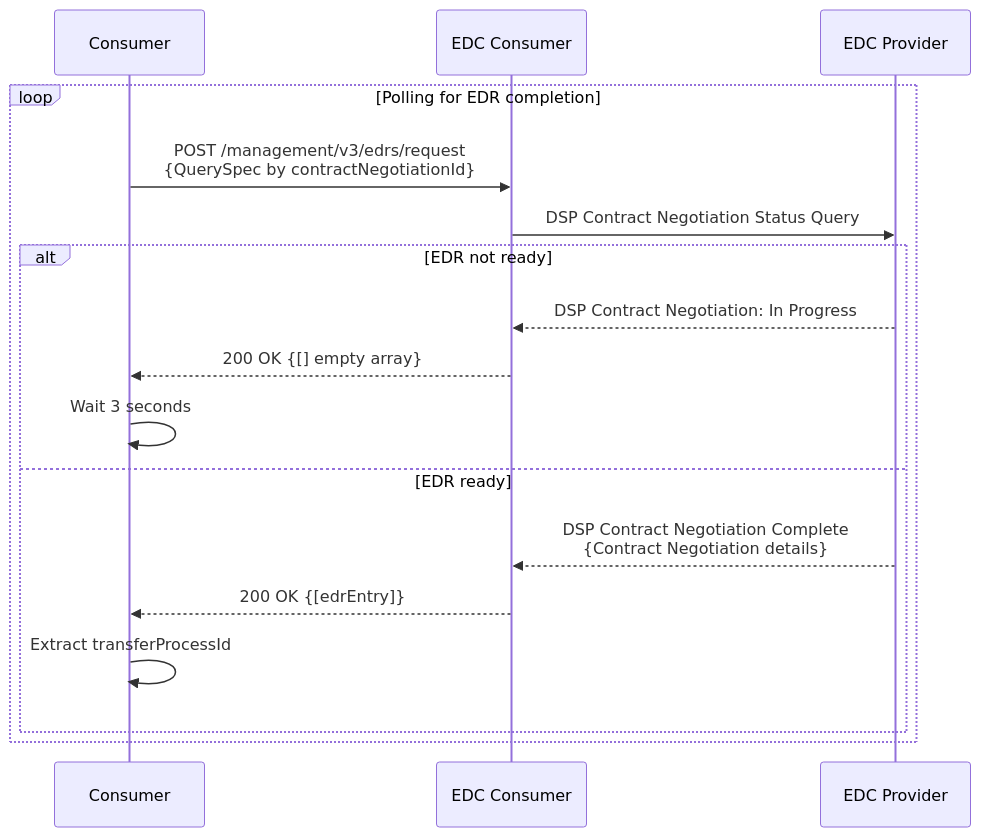
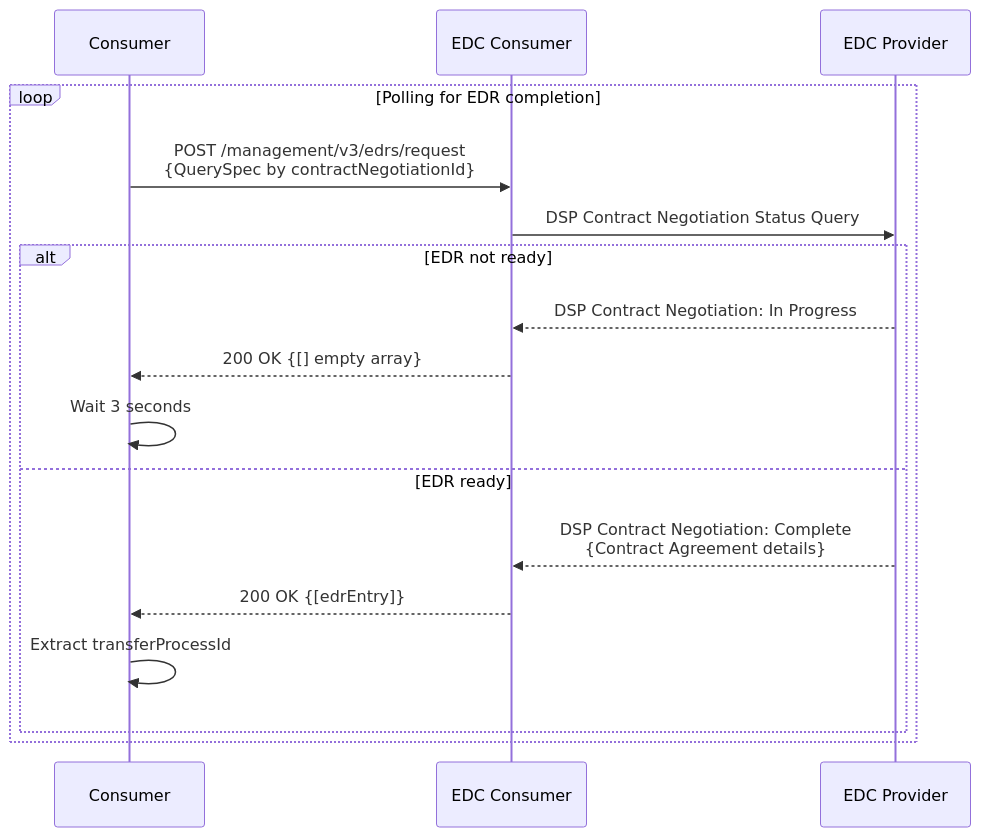
The sixth of 8 diagrams in scripts/README.md (borrmann-dev/construct-x-edge-k8s), drawn with Mermaid before and after one commit. The commit also changed other lines of this file, not shown here.

Commit message:
corrected

````diff
--- a/scripts/README.md
+++ b/scripts/README.md
@@ -110,20 +110,20 @@
 ```mermaid
 sequenceDiagram
     participant Consumer
     participant EDC_Consumer as EDC Consumer
     participant EDC_Provider as EDC Provider
 
     loop Polling for EDR completion
         Consumer->>EDC_Consumer: POST /management/v3/edrs/request<br/>{QuerySpec by contractNegotiationId}
         EDC_Consumer->>EDC_Provider: DSP Contract Negotiation Status Query
         alt EDR not ready
             EDC_Provider-->>EDC_Consumer: DSP Contract Negotiation: In Progress
             EDC_Consumer-->>Consumer: 200 OK {[] empty array}
             Consumer->>Consumer: Wait 3 seconds
         else EDR ready
-            EDC_Provider-->>EDC_Consumer: DSP Contract Negotiation Complete<br/>{Contract Negotiation details}
+            EDC_Provider-->>EDC_Consumer: DSP Contract Negotiation: Complete<br/>{Contract Agreement details}
             EDC_Consumer-->>Consumer: 200 OK {[edrEntry]}
             Consumer->>Consumer: Extract transferProcessId
         end
     end
 ```
````
